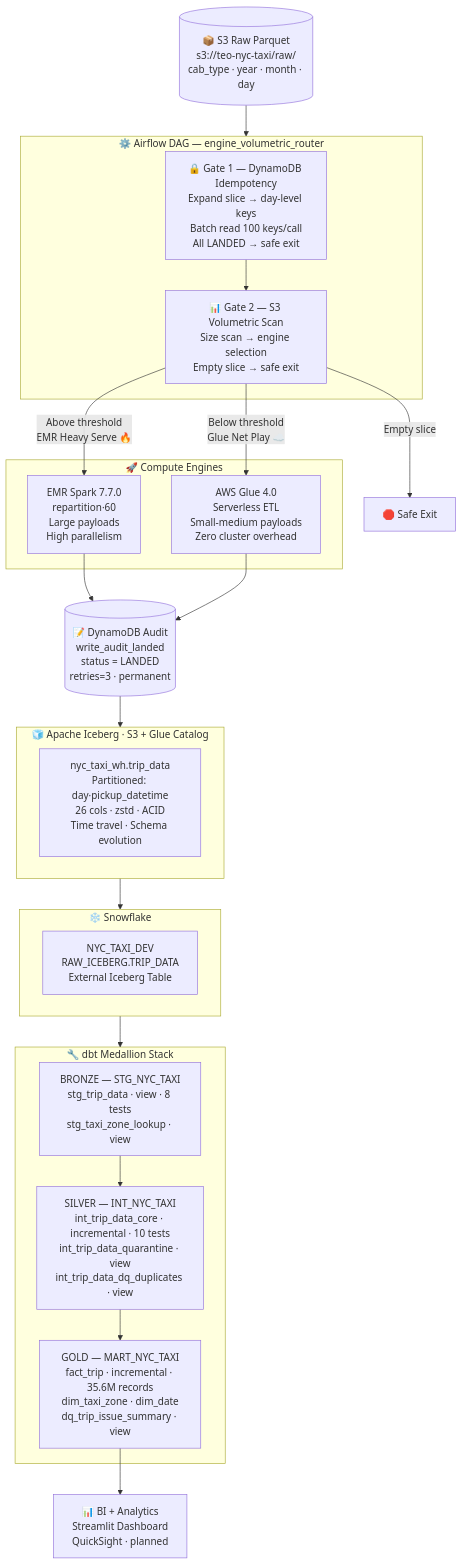
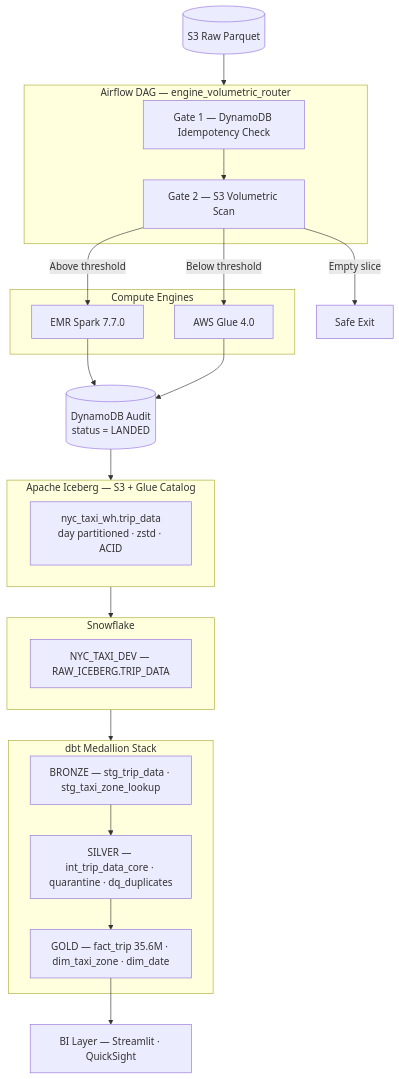
The diagram in README.md (tropily/ZenClarity-UrbanFlow-V2), drawn with Mermaid before and after one commit. The commit also changed other lines of this file, not shown here.

Commit message:
docs: Revise Mermaid V2 architecture diagram + engine threshold callout

````diff
--- a/README.md
+++ b/README.md
@@ -113,49 +112,49 @@
 ```mermaid
 graph TD
-    S3[("📦 S3 Raw Parquet\ns3://teo-nyc-taxi/raw/\ncab_type · year · month · day")]
+    S3[("S3 Raw Parquet")]
 
     S3 --> DAG
 
-    subgraph DAG["⚙️ Airflow DAG — engine_volumetric_router"]
-        G1["🔒 Gate 1 — DynamoDB Idempotency\nExpand slice → day-level keys\nBatch read 100 keys/call\nAll LANDED → safe exit"]
-        G2["📊 Gate 2 — S3 Volumetric Scan\nSize scan → engine selection\nEmpty slice → safe exit"]
+    subgraph DAG["Airflow DAG — engine_volumetric_router"]
+        G1["Gate 1 — DynamoDB Idempotency Check"]
+        G2["Gate 2 — S3 Volumetric Scan"]
         G1 --> G2
     end
 
-    G2 -->|"Above threshold\nEMR Heavy Serve 🔥"| EMR
-    G2 -->|"Below threshold\nGlue Net Play ☁️"| GLUE
-    G2 -->|"Empty slice"| EXIT[🛑 Safe Exit]
+    G2 -->|"Above threshold"| EMR
+    G2 -->|"Below threshold"| GLUE
+    G2 -->|"Empty slice"| EXIT[Safe Exit]
 
-    subgraph ENGINES["🚀 Compute Engines"]
-        EMR["EMR Spark 7.7.0\nrepartition·60\nLarge payloads\nHigh parallelism"]
-        GLUE["AWS Glue 4.0\nServerless ETL\nSmall-medium payloads\nZero cluster overhead"]
+    subgraph ENGINES["Compute Engines"]
+        EMR["EMR Spark 7.7.0"]
+        GLUE["AWS Glue 4.0"]
     end
 
     EMR --> AUDIT
     GLUE --> AUDIT
 
-    AUDIT[("📝 DynamoDB Audit\nwrite_audit_landed\nstatus = LANDED\nretries=3 · permanent")]
+    AUDIT[("DynamoDB Audit\nstatus = LANDED")]
 
     AUDIT --> ICE
 
-    subgraph ICE["🧊 Apache Iceberg · S3 + Glue Catalog"]
-        ICETBL["nyc_taxi_wh.trip_data\nPartitioned: day·pickup_datetime\n26 cols · zstd · ACID\nTime travel · Schema evolution"]
+    subgraph ICE["Apache Iceberg — S3 + Glue Catalog"]
+        ICETBL["nyc_taxi_wh.trip_data\nday partitioned · zstd · ACID"]
     end
 
     ICE --> SF
 
-    subgraph SF["❄️ Snowflake"]
-        SFTBL["NYC_TAXI_DEV\nRAW_ICEBERG.TRIP_DATA\nExternal Iceberg Table"]
+    subgraph SF["Snowflake"]
+        SFTBL["NYC_TAXI_DEV — RAW_ICEBERG.TRIP_DATA"]
     end
 
     SF --> DBT
 
-    subgraph DBT["🔧 dbt Medallion Stack"]
-        BRONZE["BRONZE — STG_NYC_TAXI\nstg_trip_data · view · 8 tests\nstg_taxi_zone_lookup · view"]
-        SILVER["SILVER — INT_NYC_TAXI\nint_trip_data_core · incremental · 10 tests\nint_trip_data_quarantine · view\nint_trip_data_dq_duplicates · view"]
-        GOLD["GOLD — MART_NYC_TAXI\nfact_trip · incremental · 35.6M records\ndim_taxi_zone · dim_date\ndq_trip_issue_summary · view"]
+    subgraph DBT["dbt Medallion Stack"]
+        BRONZE["BRONZE — stg_trip_data · stg_taxi_zone_lookup"]
+        SILVER["SILVER — int_trip_data_core · quarantine · dq_duplicates"]
+        GOLD["GOLD — fact_trip 35.6M · dim_taxi_zone · dim_date"]
         BRONZE --> SILVER --> GOLD
     end
 
-    GOLD --> BI["📊 BI + Analytics\nStreamlit Dashboard\nQuickSight · planned"]
+    GOLD --> BI["BI Layer — Streamlit · QuickSight"]
 ```
````
